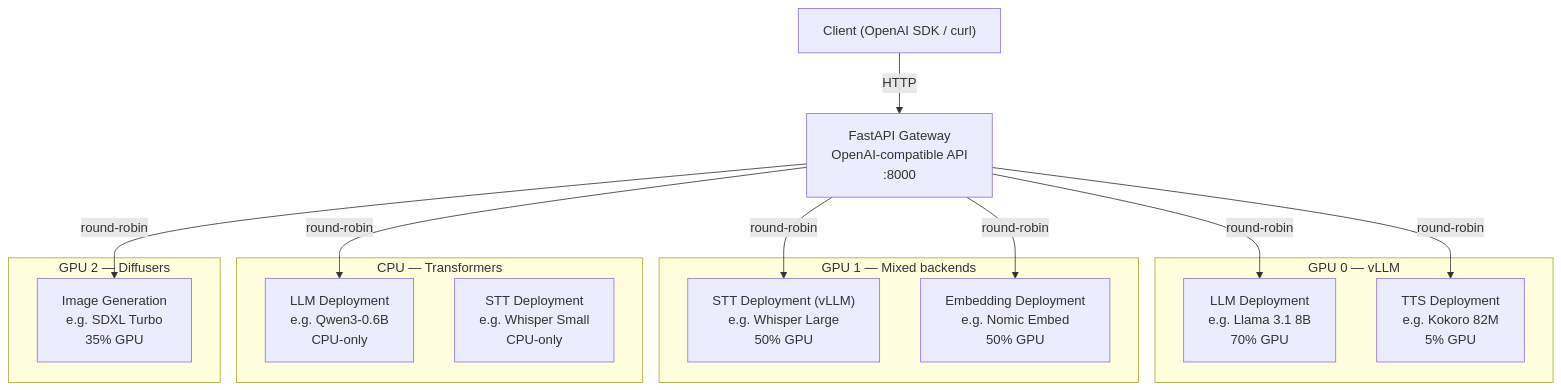
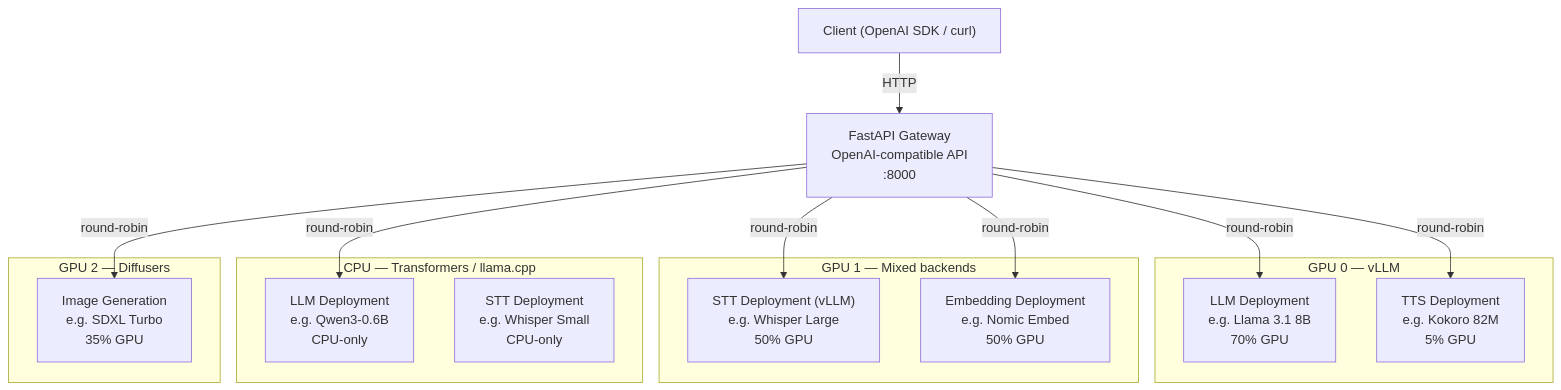
Before and after one commit to alez007/yasha: the diagram in README.md, drawn with Mermaid. The commit also changed other lines of this file and 10 other files, not shown here.

First line of the commit message:
feat: add llama_cpp loader for cpu-only gguf inference

````diff
--- a/README.md
+++ b/README.md
@@ -20,32 +20,32 @@
 ```mermaid
 graph TD
     Client["Client (OpenAI SDK / curl)"]
     API["FastAPI Gateway<br/>OpenAI-compatible API<br/>:8000"]
 
     Client -->|HTTP| API
     API -->|round-robin| LLM_GPU
     API -->|round-robin| LLM_CPU
     API -->|round-robin| TTS
     API -->|round-robin| STT
     API -->|round-robin| EMB
     API -->|round-robin| IMG
 
     subgraph GPU0["GPU 0 — vLLM"]
         LLM_GPU["LLM Deployment<br/>e.g. Llama 3.1 8B<br/>70% GPU"]
         TTS["TTS Deployment<br/>e.g. Kokoro 82M<br/>5% GPU"]
     end
 
     subgraph GPU1["GPU 1 — Mixed backends"]
         STT["STT Deployment (vLLM)<br/>e.g. Whisper Large<br/>50% GPU"]
         EMB["Embedding Deployment<br/>e.g. Nomic Embed<br/>50% GPU"]
     end
 
-    subgraph CPU["CPU — Transformers"]
+    subgraph CPU["CPU — Transformers / llama.cpp"]
         LLM_CPU["LLM Deployment<br/>e.g. Qwen3-0.6B<br/>CPU-only"]
         STT_CPU["STT Deployment<br/>e.g. Whisper Small<br/>CPU-only"]
     end
 
     subgraph GPU2["GPU 2 — Diffusers"]
         IMG["Image Generation<br/>e.g. SDXL Turbo<br/>35% GPU"]
     end
 ```
````
